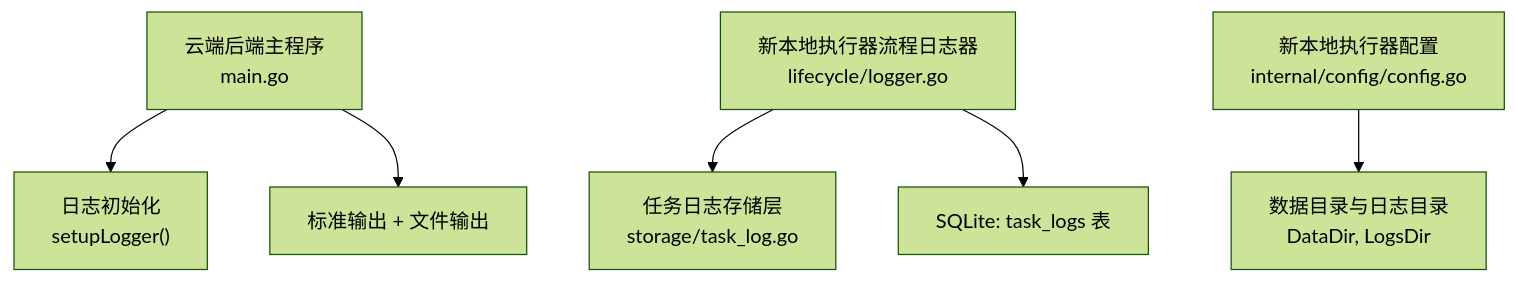
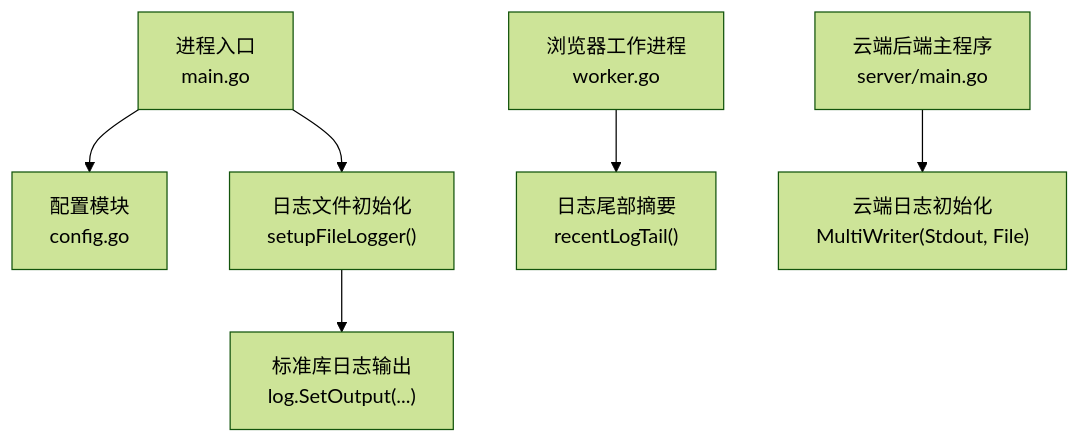
Before and after one commit to alvinwangzi/goodhr: the first of 4 diagrams in .qoder/repowiki/zh/content/本地执行器/核心架构/日志系统.md, drawn with Mermaid (forest theme). The commit also changed other lines of this file and 149 other files, not shown here.

````diff
--- a/.qoder/repowiki/zh/content/本地执行器/核心架构/日志系统.md
+++ b/.qoder/repowiki/zh/content/本地执行器/核心架构/日志系统.md
@@ -33,8 +39,8 @@
 ```mermaid
 graph TB
-A["云端后端主程序<br/>main.go"] --> B["日志初始化<br/>setupLogger()"]
-C["新本地执行器流程日志器<br/>lifecycle/logger.go"] --> D["任务日志存储层<br/>storage/task_log.go"]
-E["新本地执行器配置<br/>internal/config/config.go"] --> F["数据目录与日志目录<br/>DataDir, LogsDir"]
-C --> G["SQLite: task_logs 表"]
-A --> H["标准输出 + 文件输出"]
+A["进程入口<br/>main.go"] --> B["配置模块<br/>config.go"]
+A --> C["日志文件初始化<br/>setupFileLogger()"]
+C --> D["标准库日志输出<br/>log.SetOutput(...)"]
+E["浏览器工作进程<br/>worker.go"] --> F["日志尾部摘要<br/>recentLogTail()"]
+G["云端后端主程序<br/>server/main.go"] --> H["云端日志初始化<br/>MultiWriter(Stdout, File)"]
 ```
````
